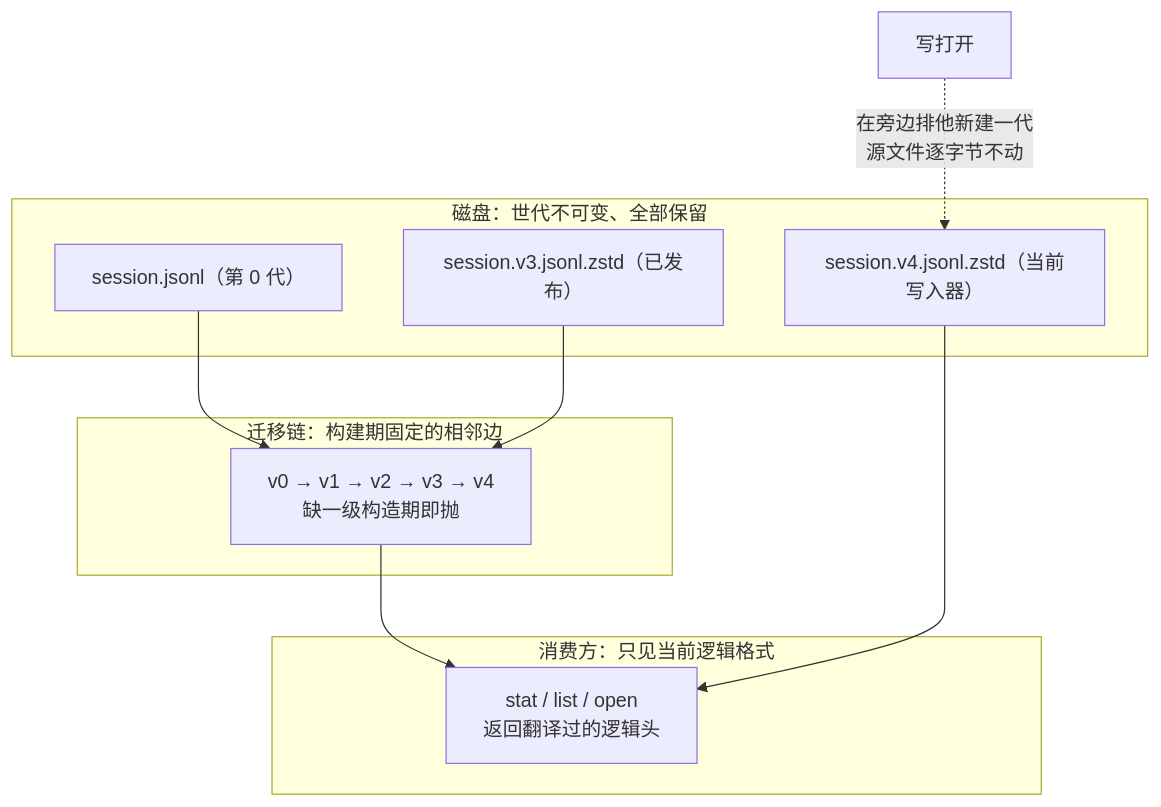
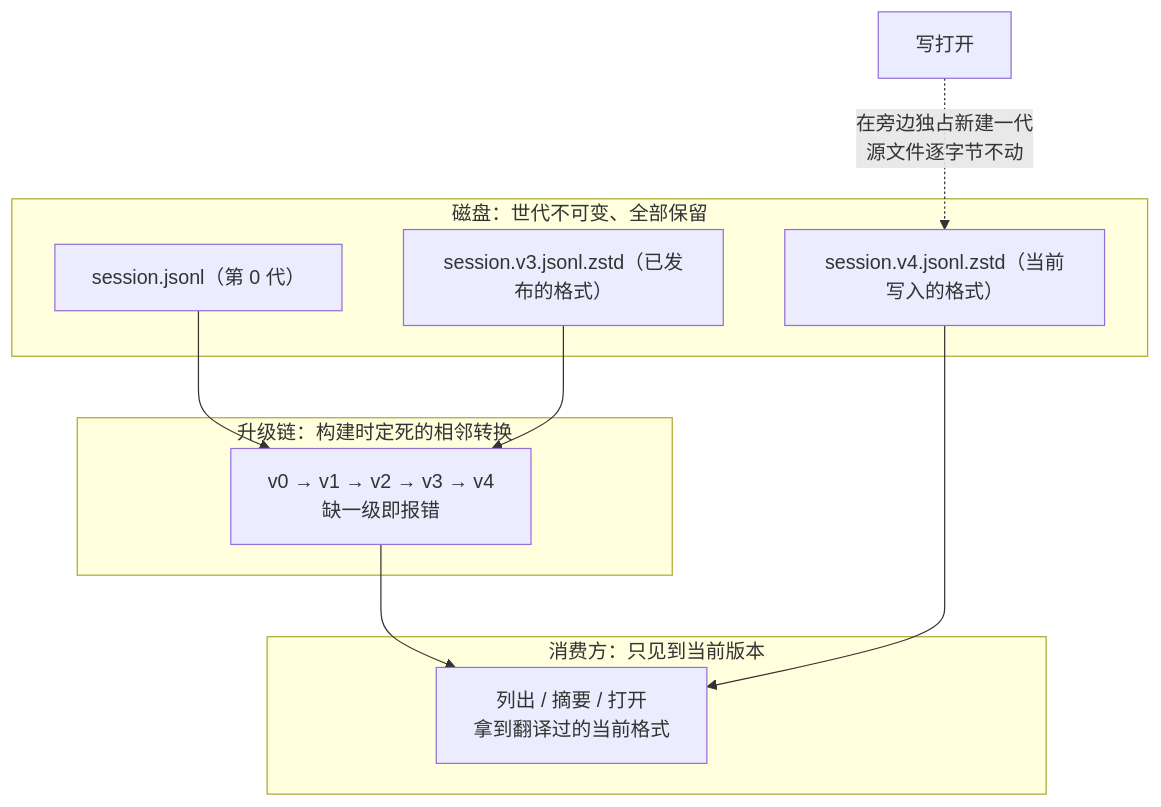
One commit to anthonyzhao-4926/blog changed the diagram in dsh 插件开发学习/38-会话格式升级了.md. Above: the diagram before and after it, drawn with Mermaid. The commit also changed other lines of this file and 38 other files, not shown here.

````diff
--- a/dsh 插件开发学习/38-会话格式升级了.md
+++ b/dsh 插件开发学习/38-会话格式升级了.md
@@ -38,19 +40,19 @@
 ```mermaid
 flowchart TD
-    subgraph consumer["消费方：只见当前逻辑格式"]
-        Q["stat / list / open<br/>返回翻译过的逻辑头"]
+    subgraph consumer["消费方：只见到当前版本"]
+        Q["列出 / 摘要 / 打开<br/>拿到翻译过的当前格式"]
     end
-    subgraph chain["迁移链：构建期固定的相邻边"]
-        M["v0 → v1 → v2 → v3 → v4<br/>缺一级构造期即抛"]
+    subgraph chain["升级链：构建时定死的相邻转换"]
+        M["v0 → v1 → v2 → v3 → v4<br/>缺一级即报错"]
     end
     subgraph disk["磁盘：世代不可变、全部保留"]
         G0["session.jsonl（第 0 代）"]
-        G3["session.v3.jsonl.zstd（已发布）"]
-        G4["session.v4.jsonl.zstd（当前写入器）"]
+        G3["session.v3.jsonl.zstd（已发布的格式）"]
+        G4["session.v4.jsonl.zstd（当前写入的格式）"]
     end
     G0 --> M
     G3 --> M
     M --> Q
     G4 --> Q
-    W["写打开"] -. "在旁边排他新建一代<br/>源文件逐字节不动" .-> G4
+    W["写打开"] -. "在旁边独占新建一代<br/>源文件逐字节不动" .-> G4
 ```
````
